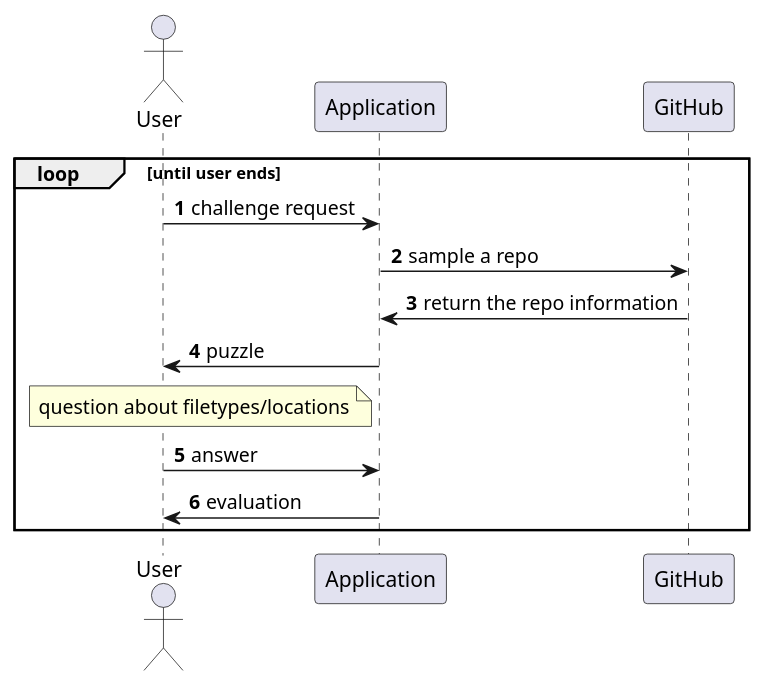
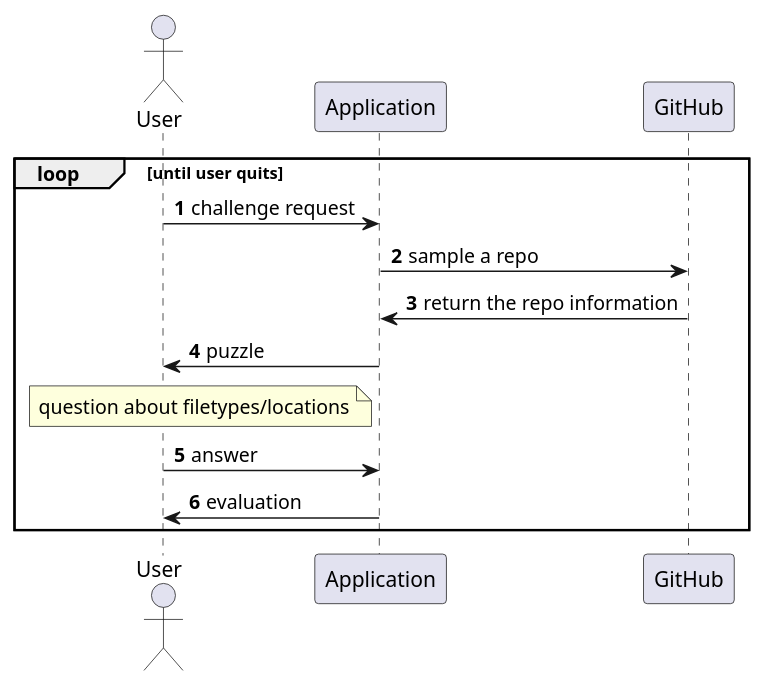
One commit to maciejskorski/software_engineering changed the diagram in docs/figures/diagrams/game_github.iuml. Above: the diagram before and after it, drawn with PlantUML. The commit also changed 1 other file, not shown here.

Commit message:
more UML examples

```diff
--- a/docs/figures/diagrams/game_github.iuml
+++ b/docs/figures/diagrams/game_github.iuml
@@ -1,17 +1,17 @@
 @startuml
 autonumber
 
 actor User as user
 participant "Application" as app
 participant "GitHub" as github
 
-loop until user ends
+loop until user quits
     user -> app: challenge request
     app -> github: sample a repo
     github -> app: return the repo information
     app -> user: puzzle
     note left of app: question about filetypes/locations
     user -> app: answer
     app -> user: evaluation
 end 
 @enduml
```
